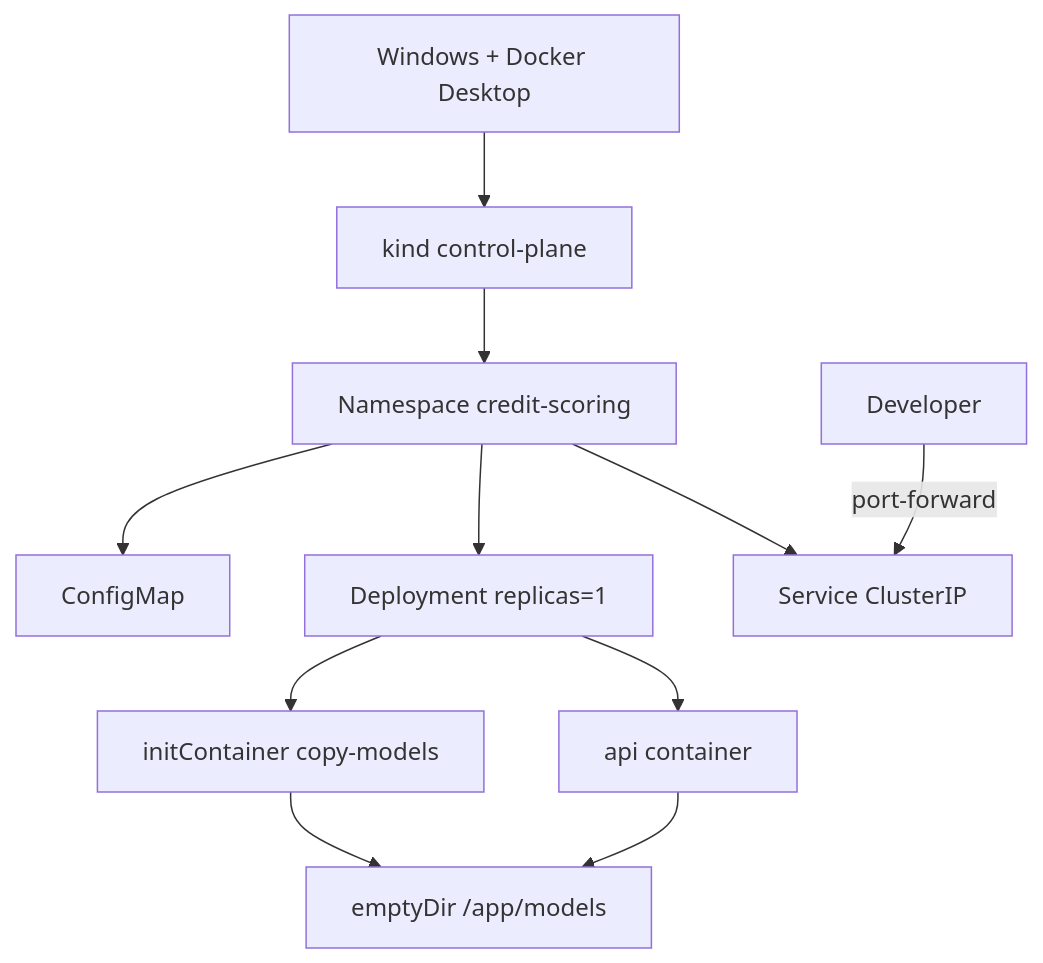
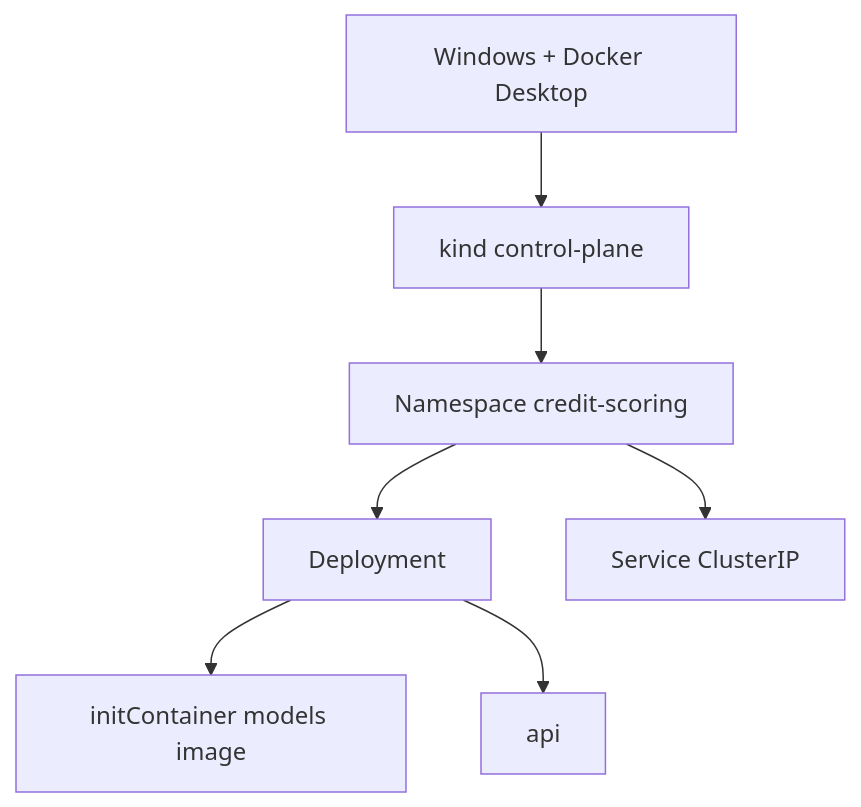
Before and after one commit to Serg2311-prog/credit-scoring-mlops-deployment: the second of 3 diagrams in docs/architecture/overview.md, drawn with Mermaid. The commit also changed other lines of this file and 48 other files, not shown here.

````diff
--- a/docs/architecture/overview.md
+++ b/docs/architecture/overview.md
@@ -25,13 +23,9 @@
 ```mermaid
 flowchart TB
   Host[Windows + Docker Desktop] --> Kind[kind control-plane]
   Kind --> NS[Namespace credit-scoring]
-  NS --> CM[ConfigMap]
-  NS --> DEP[Deployment replicas=1]
+  NS --> DEP[Deployment]
   NS --> SVC[Service ClusterIP]
-  DEP --> INIT[initContainer copy-models]
-  DEP --> CTR[api container]
-  INIT --> Vol[emptyDir /app/models]
-  CTR --> Vol
-  User[Developer] -->|port-forward| SVC
+  DEP --> INIT[initContainer models image]
+  DEP --> CTR[api]
 ```
````
